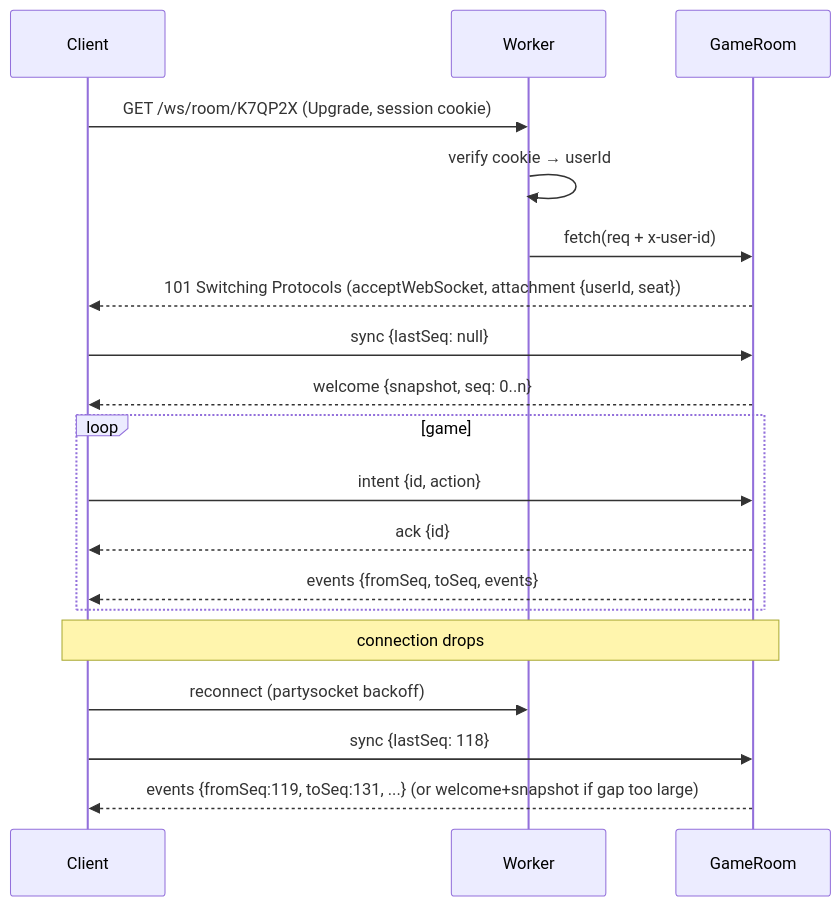
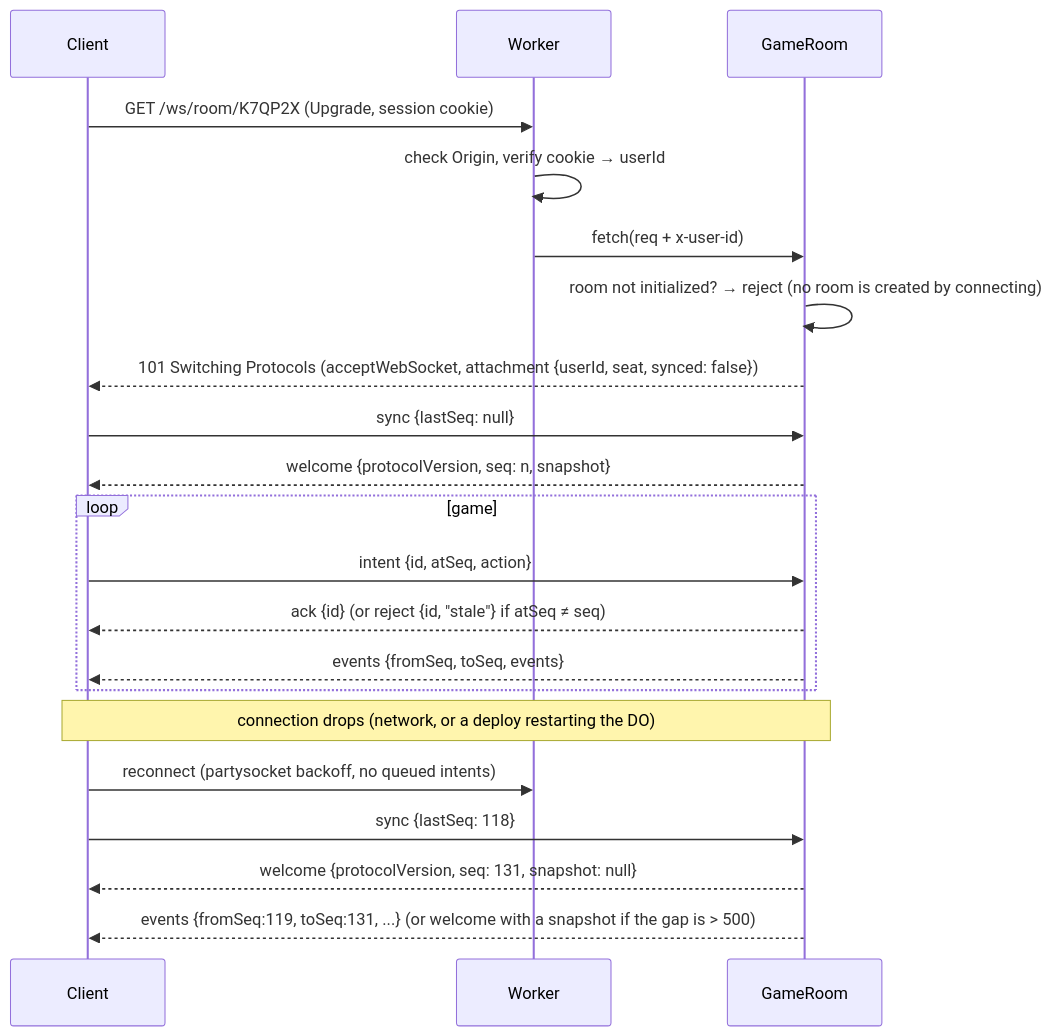
Before and after one commit to Rusutsu-Studios/Polytour: the diagram in docs/PROTOCOL.md, drawn with Mermaid. The commit also changed other lines of this file and 6 other files, not shown here.

````diff
--- a/docs/PROTOCOL.md
+++ b/docs/PROTOCOL.md
@@ -94,22 +128,24 @@
 ```mermaid
 sequenceDiagram
   participant C as Client
   participant W as Worker
   participant DO as GameRoom
 
   C->>W: GET /ws/room/K7QP2X (Upgrade, session cookie)
-  W->>W: verify cookie → userId
+  W->>W: check Origin, verify cookie → userId
   W->>DO: fetch(req + x-user-id)
-  DO-->>C: 101 Switching Protocols (acceptWebSocket, attachment {userId, seat})
+  DO->>DO: room not initialized? → reject (no room is created by connecting)
+  DO-->>C: 101 Switching Protocols (acceptWebSocket, attachment {userId, seat, synced: false})
   C->>DO: sync {lastSeq: null}
-  DO-->>C: welcome {snapshot, seq: 0..n}
+  DO-->>C: welcome {protocolVersion, seq: n, snapshot}
   loop game
-    C->>DO: intent {id, action}
-    DO-->>C: ack {id}
+    C->>DO: intent {id, atSeq, action}
+    DO-->>C: ack {id}  (or reject {id, "stale"} if atSeq ≠ seq)
     DO-->>C: events {fromSeq, toSeq, events}
   end
-  Note over C,DO: connection drops
-  C->>W: reconnect (partysocket backoff)
+  Note over C,DO: connection drops (network, or a deploy restarting the DO)
+  C->>W: reconnect (partysocket backoff, no queued intents)
   C->>DO: sync {lastSeq: 118}
-  DO-->>C: events {fromSeq:119, toSeq:131, ...}  (or welcome+snapshot if gap too large)
+  DO-->>C: welcome {protocolVersion, seq: 131, snapshot: null}
+  DO-->>C: events {fromSeq:119, toSeq:131, ...}  (or welcome with a snapshot if the gap is > 500)
 ```
````
